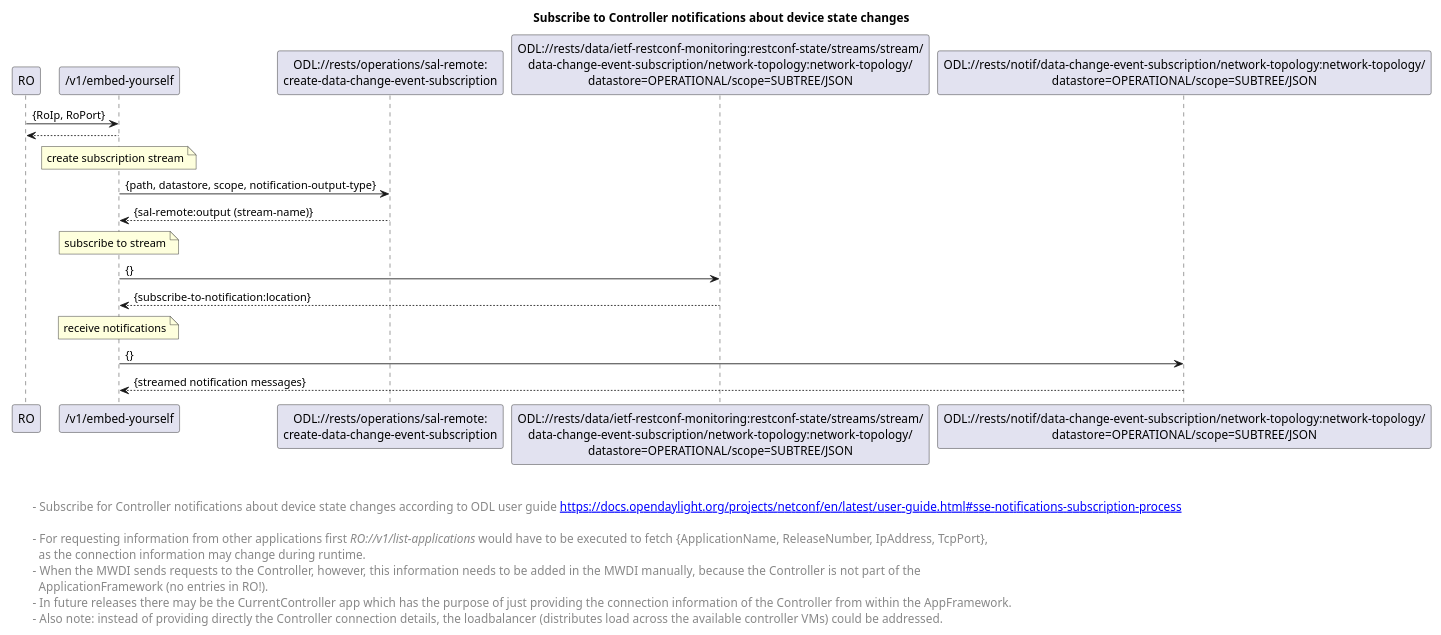
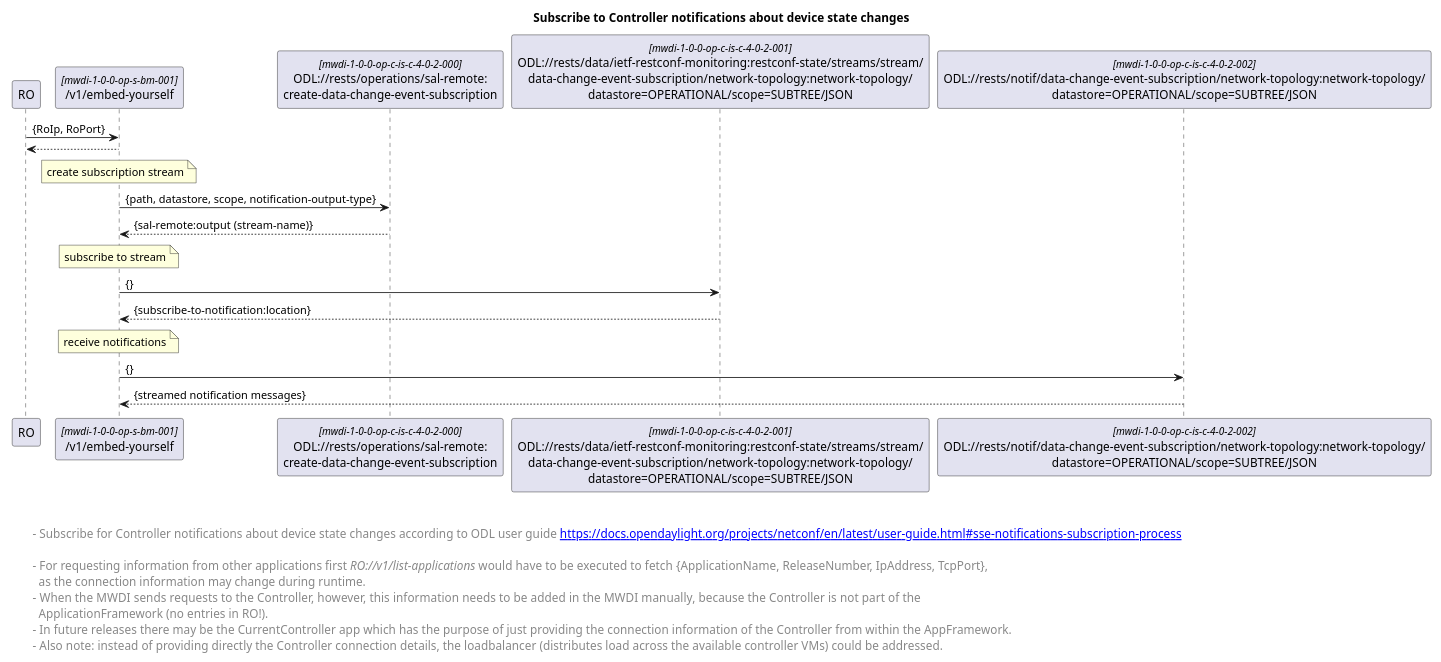
One commit to openBackhaul/MicroWaveDeviceInventory changed the diagram in spec/diagrams/forwardings/done/00x_forwardingSubscribeControllerNotification.plantuml. Above: the diagram before and after it, drawn with PlantUML. The commit also changed 1 other file, not shown here.

```diff
--- a/spec/diagrams/forwardings/done/00x_forwardingSubscribeControllerNotification.plantuml
+++ b/spec/diagrams/forwardings/done/00x_forwardingSubscribeControllerNotification.plantuml
@@ -1,52 +1,56 @@
 @startuml
 skinparam responseMessageBelowArrow true
+skinparam guillemet [ ]
+skinparam participant {
+  StereotypeFontSize 12  
+}
 
 title Subscribe to Controller notifications about device state changes
 
 'participants
 participant "RO" as ro
-participant "/v1/embed-yourself" as mwdi
-participant "ODL://rests/operations/sal-remote:\ncreate-data-change-event-subscription" as odlsubscribe1
-participant "ODL://rests/data/ietf-restconf-monitoring:restconf-state/streams/stream/\ndata-change-event-subscription/network-topology:network-topology/\ndatastore=OPERATIONAL/scope=SUBTREE/JSON" as odlsubscribe2
-participant "ODL://rests/notif/data-change-event-subscription/network-topology:network-topology/\ndatastore=OPERATIONAL/scope=SUBTREE/JSON" as odlsubscribe3
+participant "/v1/embed-yourself" as mwdi <<mwdi-1-0-0-op-s-bm-001>>
+participant "ODL://rests/operations/sal-remote:\ncreate-data-change-event-subscription" as odlsubscribe1 <<mwdi-1-0-0-op-c-is-c-4-0-2-000>>
+participant "ODL://rests/data/ietf-restconf-monitoring:restconf-state/streams/stream/\ndata-change-event-subscription/network-topology:network-topology/\ndatastore=OPERATIONAL/scope=SUBTREE/JSON" as odlsubscribe2 <<mwdi-1-0-0-op-c-is-c-4-0-2-001>>
+participant "ODL://rests/notif/data-change-event-subscription/network-topology:network-topology/\ndatastore=OPERATIONAL/scope=SUBTREE/JSON" as odlsubscribe3 <<mwdi-1-0-0-op-c-is-c-4-0-2-002>>
 
 
 
 ro -> mwdi: {RoIp, RoPort}
 mwdi --> ro
 
 note over mwdi: create subscription stream
 mwdi -> odlsubscribe1: {path, datastore, scope, notification-output-type}
 odlsubscribe1 --> mwdi: {sal-remote:output (stream-name)}
 
 note over mwdi: subscribe to stream
 mwdi -> odlsubscribe2: {}
 odlsubscribe2 --> mwdi: {subscribe-to-notification:location}
 
 note over mwdi: receive notifications
 mwdi -> odlsubscribe3: {}
 odlsubscribe3 --> mwdi: {streamed notification messages}
 
 left footer 
 
 
 \t- Subscribe for Controller notifications about device state changes according to ODL user guide [[https://docs.opendaylight.org/projects/netconf/en/latest/user-guide.html#sse-notifications-subscription-process]]
 
 \t- For requesting information from other applications first <i>RO://v1/list-applications</i> would have to be executed to fetch {ApplicationName, ReleaseNumber, IpAddress, TcpPort}, 
 \t  as the connection information may change during runtime.
 \t-  When the MWDI sends requests to the Controller, however, this information needs to be added in the MWDI manually, because the Controller is not part of the 
 \t  ApplicationFramework (no entries in RO!). 
 \t-  In future releases there may be the CurrentController app which has the purpose of just providing the connection information of the Controller from within the AppFramework.
 \t-  Also note: instead of providing directly the Controller connection details, the loadbalancer (distributes load across the available controller VMs) could be addressed.
 end footer
 
 
 <style>
 footer {
   HorizontalAlignment left
   FontSize 14
 }
 </style>
 
 
 @enduml
```
